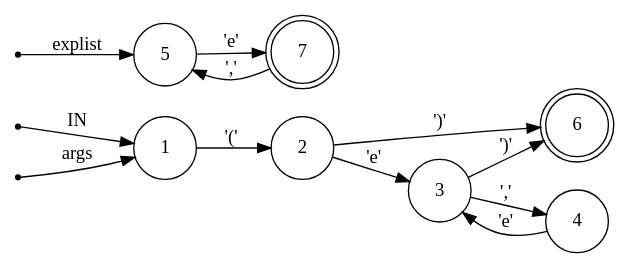
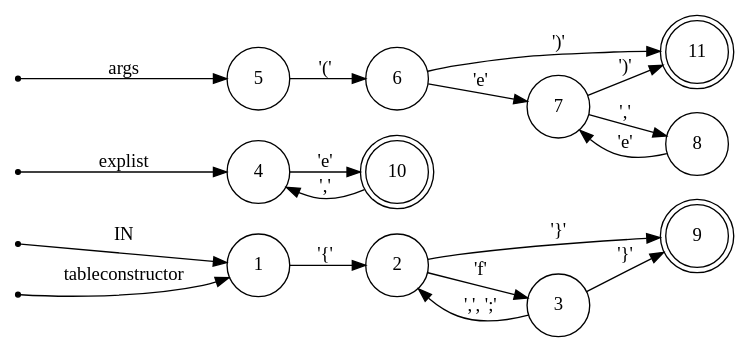
The diagram in docs/syntax.dot (dromozoa/dromozoa), drawn with Graphviz before and after one commit. The commit also changed 7 other files, not shown here.

```diff
--- a/docs/syntax.dot
+++ b/docs/syntax.dot
@@ -1,23 +1,31 @@
 digraph syntax {
 	rankdir=LR;
 	node [ shape = point ];
 	ENTRY;
+	en_4;
 	en_5;
 	en_1;
 	node [ shape = circle, height = 0.2 ];
 	node [ fixedsize = true, height = 0.65, shape = doublecircle ];
-	6;
-	7;
+	9;
+	10;
+	11;
 	node [ shape = circle ];
-	1 -> 2 [ label = "'('" ];
-	2 -> 6 [ label = "')'" ];
-	2 -> 3 [ label = "'e'" ];
-	3 -> 6 [ label = "')'" ];
-	3 -> 4 [ label = "','" ];
-	4 -> 3 [ label = "'e'" ];
-	5 -> 7 [ label = "'e'" ];
-	7 -> 5 [ label = "','" ];
+	1 -> 2 [ label = "'{'" ];
+	2 -> 3 [ label = "'f'" ];
+	2 -> 9 [ label = "'}'" ];
+	3 -> 2 [ label = "',', ';'" ];
+	3 -> 9 [ label = "'}'" ];
+	4 -> 10 [ label = "'e'" ];
+	5 -> 6 [ label = "'('" ];
+	6 -> 11 [ label = "')'" ];
+	6 -> 7 [ label = "'e'" ];
+	7 -> 11 [ label = "')'" ];
+	7 -> 8 [ label = "','" ];
+	8 -> 7 [ label = "'e'" ];
+	10 -> 4 [ label = "','" ];
 	ENTRY -> 1 [ label = "IN" ];
-	en_5 -> 5 [ label = "explist" ];
-	en_1 -> 1 [ label = "args" ];
+	en_4 -> 4 [ label = "explist" ];
+	en_5 -> 5 [ label = "args" ];
+	en_1 -> 1 [ label = "tableconstructor" ];
 }
```
